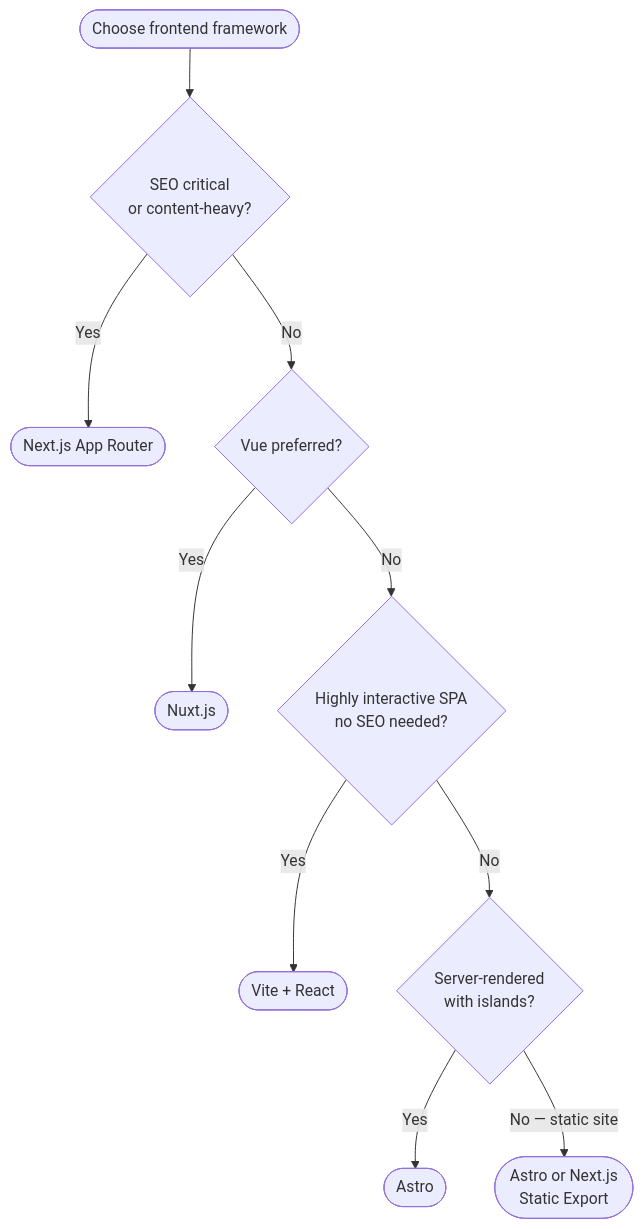
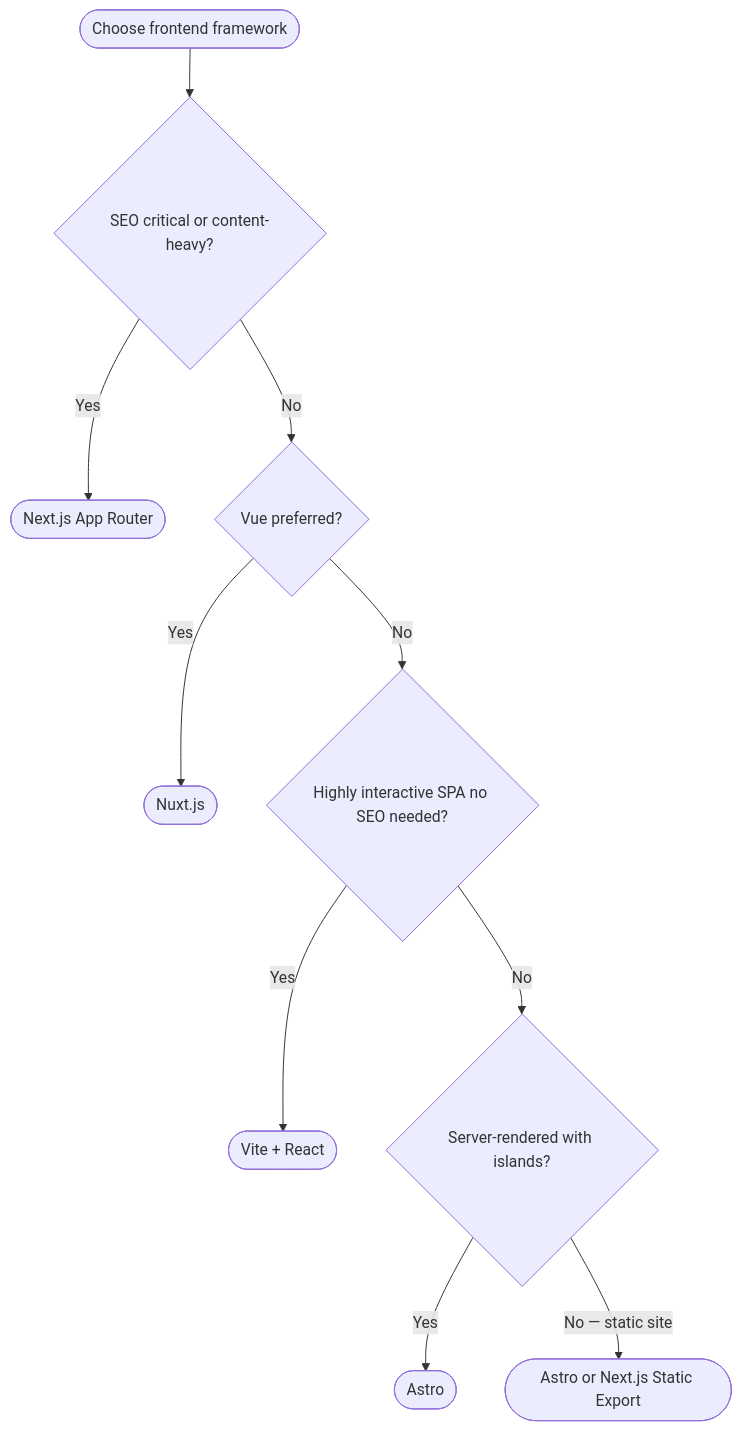
One commit to ivanyeors/product-agentic-templates changed the first of 2 diagrams in .cursor/skills/04-frontend-development/architecture-guide.md. Above: the diagram before and after it, drawn with Mermaid. The commit also changed other lines of this file and 39 other files, not shown here.

````diff
--- a/.cursor/skills/04-frontend-development/architecture-guide.md
+++ b/.cursor/skills/04-frontend-development/architecture-guide.md
@@ -15,12 +15,12 @@
 ```mermaid
 flowchart TD
-    start([Choose frontend framework]) --> seo{SEO critical\nor content-heavy?}
+    start([Choose frontend framework]) --> seo{SEO critical or content-heavy?}
     seo -->|Yes| nextjs([Next.js App Router])
     seo -->|No| vue{Vue preferred?}
     vue -->|Yes| nuxt([Nuxt.js])
-    vue -->|No| spa{Highly interactive SPA\nno SEO needed?}
+    vue -->|No| spa{Highly interactive SPA no SEO needed?}
     spa -->|Yes| vite([Vite + React])
-    spa -->|No| islands{Server-rendered\nwith islands?}
+    spa -->|No| islands{Server-rendered with islands?}
     islands -->|Yes| astro([Astro])
-    islands -->|No — static site| astroStatic([Astro or Next.js\nStatic Export])
+    islands -->|No — static site| astroStatic([Astro or Next.js Static Export])
 ```
````
